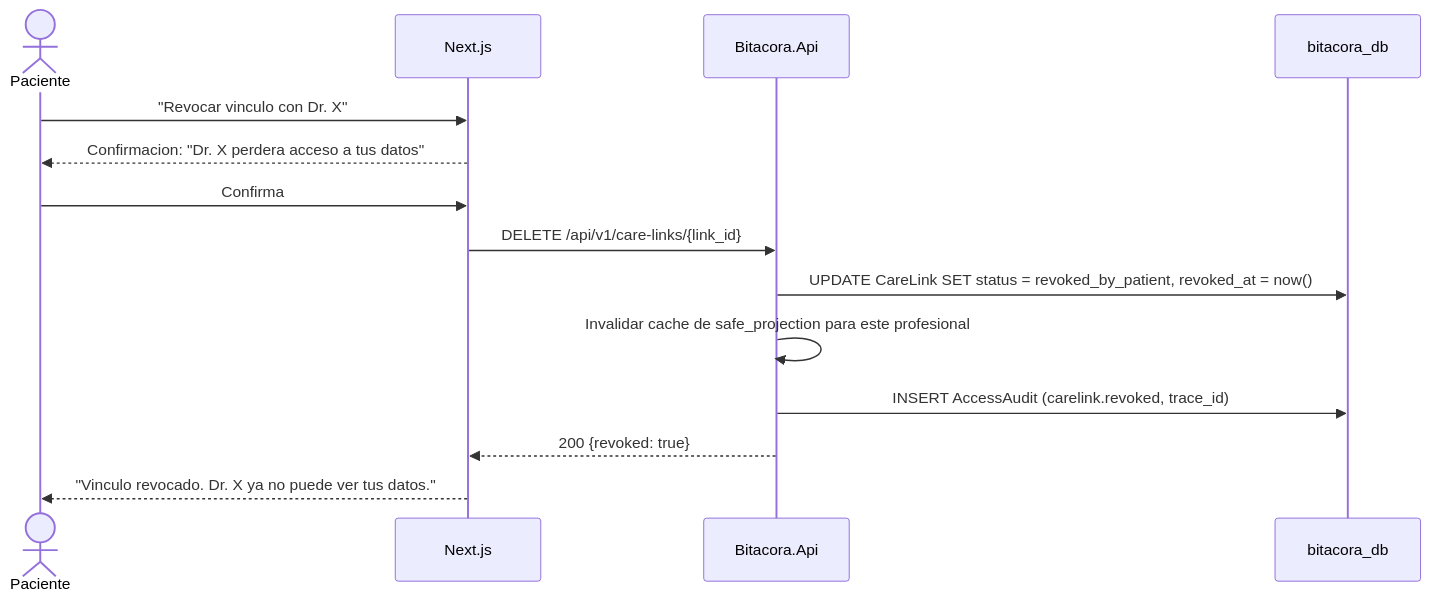
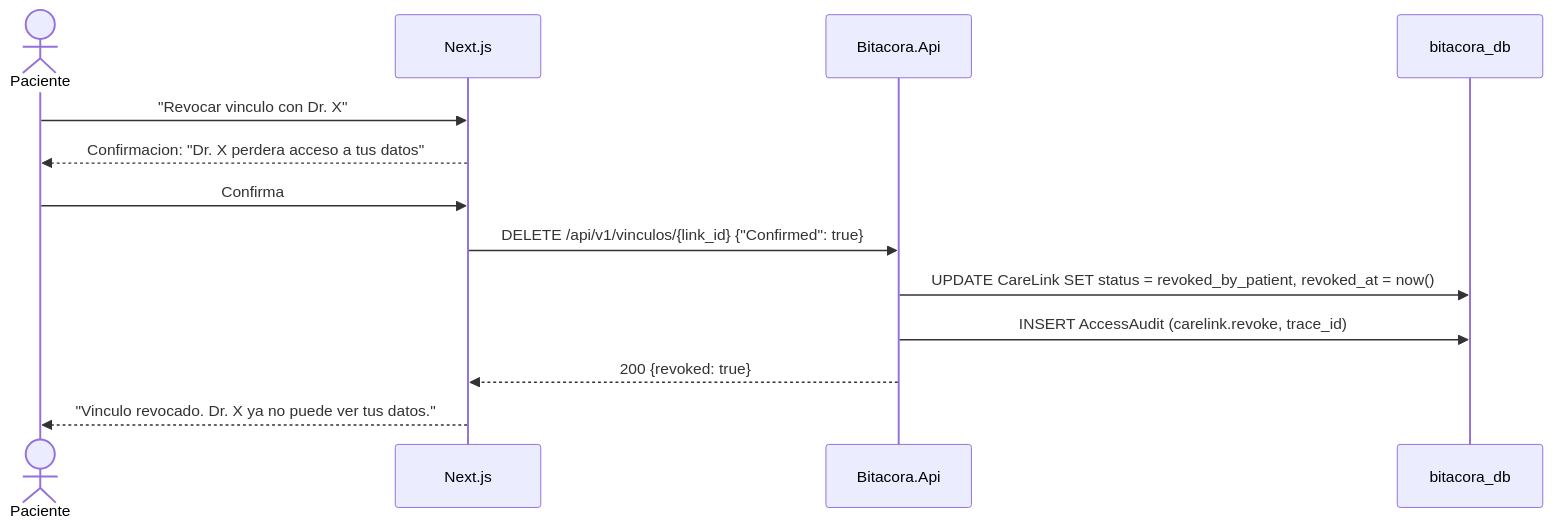
Before and after one commit to fgpaz/bitacora: the diagram in .docs/wiki/03_FL/FL-VIN-03.md, drawn with Mermaid. The commit also changed other lines of this file and 213 other files, not shown here.

````diff
--- a/.docs/wiki/03_FL/FL-VIN-03.md
+++ b/.docs/wiki/03_FL/FL-VIN-03.md
@@ -29,17 +32,16 @@
 ```mermaid
 sequenceDiagram
     actor P as Paciente
     participant WEB as Next.js
     participant API as Bitacora.Api
     participant DB as bitacora_db
 
     P->>WEB: "Revocar vinculo con Dr. X"
     WEB-->>P: Confirmacion: "Dr. X perdera acceso a tus datos"
     P->>WEB: Confirma
-    WEB->>API: DELETE /api/v1/care-links/{link_id}
+    WEB->>API: DELETE /api/v1/vinculos/{link_id} {"Confirmed": true}
     API->>DB: UPDATE CareLink SET status = revoked_by_patient, revoked_at = now()
-    API->>API: Invalidar cache de safe_projection para este profesional
-    API->>DB: INSERT AccessAudit (carelink.revoked, trace_id)
+    API->>DB: INSERT AccessAudit (carelink.revoke, trace_id)
     API-->>WEB: 200 {revoked: true}
     WEB-->>P: "Vinculo revocado. Dr. X ya no puede ver tus datos."
 ```
````
